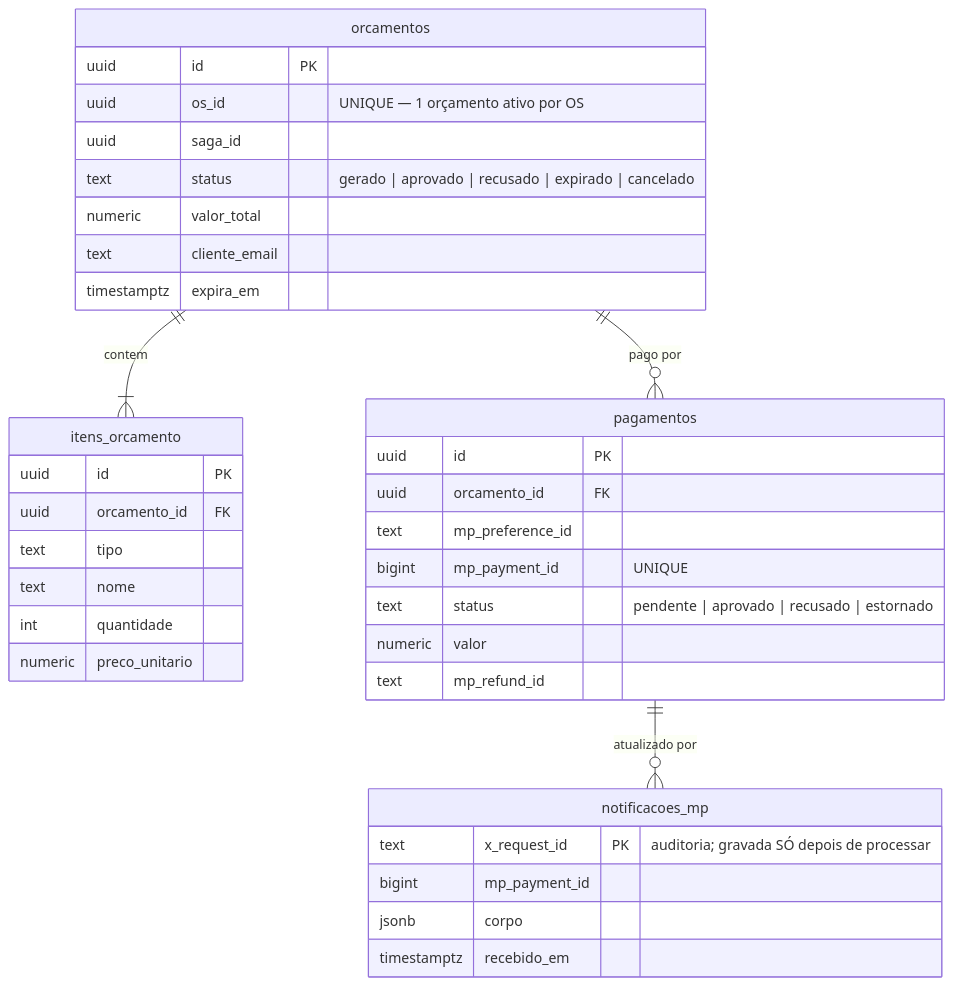
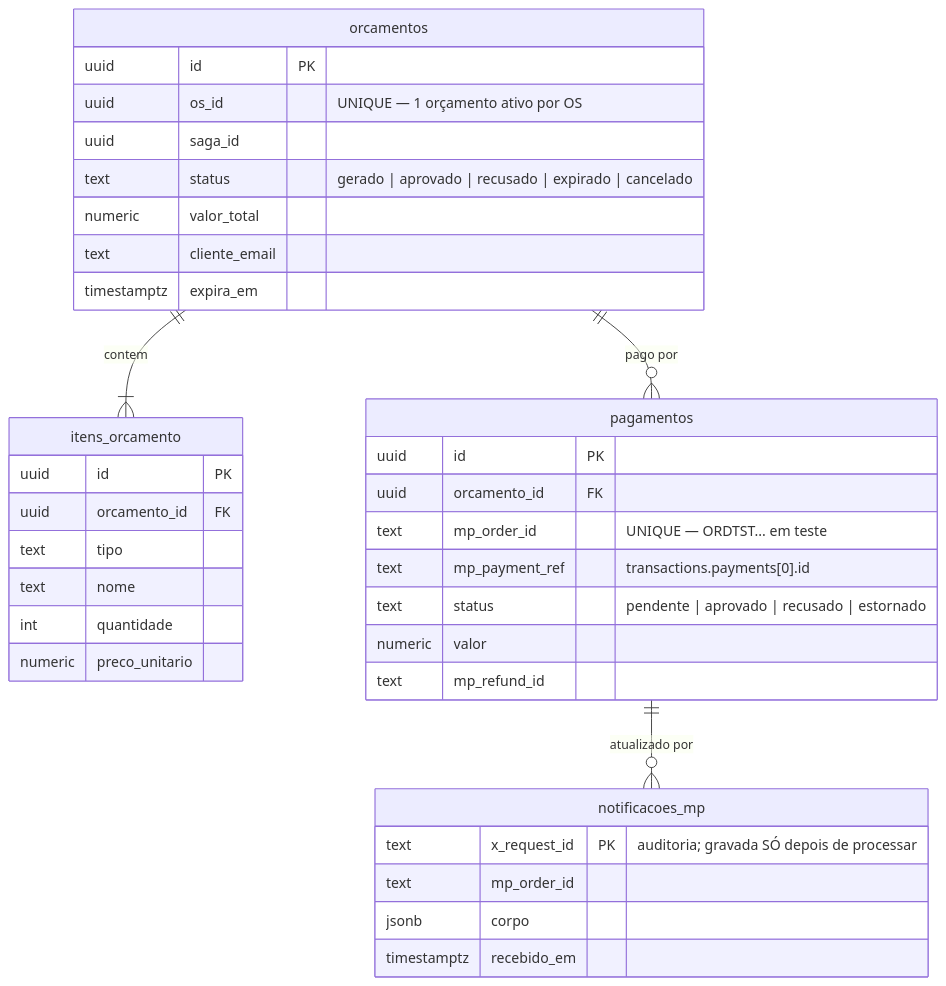
One commit to ProblemaTheu/oficina-app changed the eighth of 9 diagrams in docs/planejamentos/fase-4/arquitetura.md. Above: the diagram before and after it, drawn with Mermaid. The commit also changed other lines of this file and 4 other files, not shown here.

````diff
--- a/docs/planejamentos/fase-4/arquitetura.md
+++ b/docs/planejamentos/fase-4/arquitetura.md
@@ -434,39 +434,39 @@
 ```mermaid
 erDiagram
     orcamentos ||--|{ itens_orcamento : contem
     orcamentos ||--o{ pagamentos : "pago por"
     pagamentos ||--o{ notificacoes_mp : "atualizado por"
 
     orcamentos {
         uuid id PK
         uuid os_id "UNIQUE — 1 orçamento ativo por OS"
         uuid saga_id
         text status "gerado | aprovado | recusado | expirado | cancelado"
         numeric valor_total
         text cliente_email
         timestamptz expira_em
     }
     itens_orcamento {
         uuid id PK
         uuid orcamento_id FK
         text tipo
         text nome
         int quantidade
         numeric preco_unitario
     }
     pagamentos {
         uuid id PK
         uuid orcamento_id FK
-        text mp_preference_id
-        bigint mp_payment_id "UNIQUE"
+        text mp_order_id "UNIQUE — ORDTST... em teste"
+        text mp_payment_ref "transactions.payments[0].id"
         text status "pendente | aprovado | recusado | estornado"
         numeric valor
         text mp_refund_id
     }
     notificacoes_mp {
         text x_request_id PK "auditoria; gravada SÓ depois de processar"
-        bigint mp_payment_id
+        text mp_order_id
         jsonb corpo
         timestamptz recebido_em
     }
 ```
````
